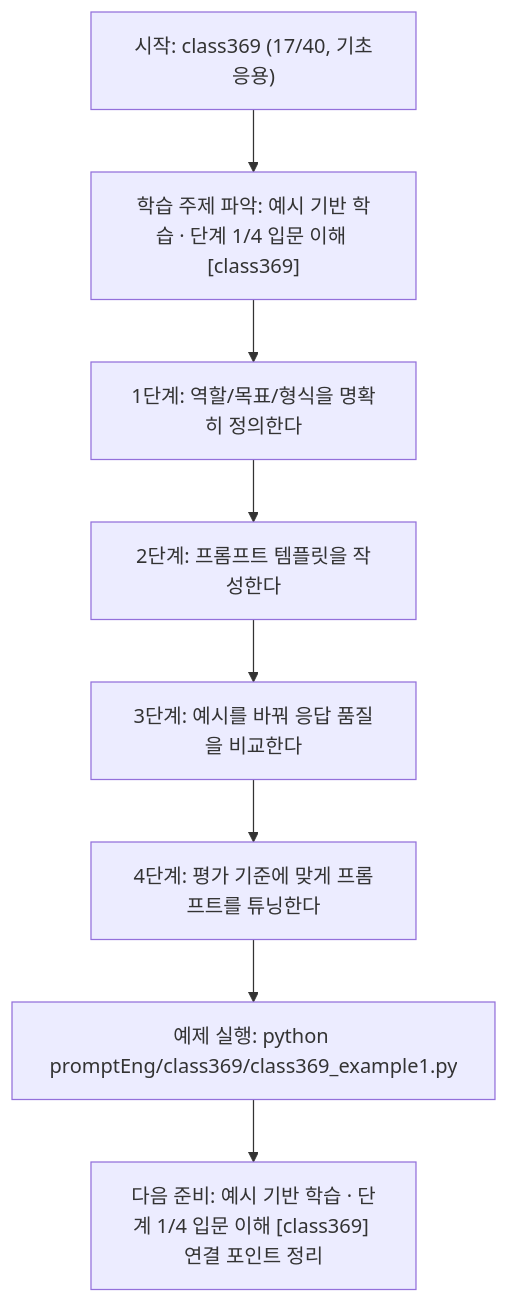
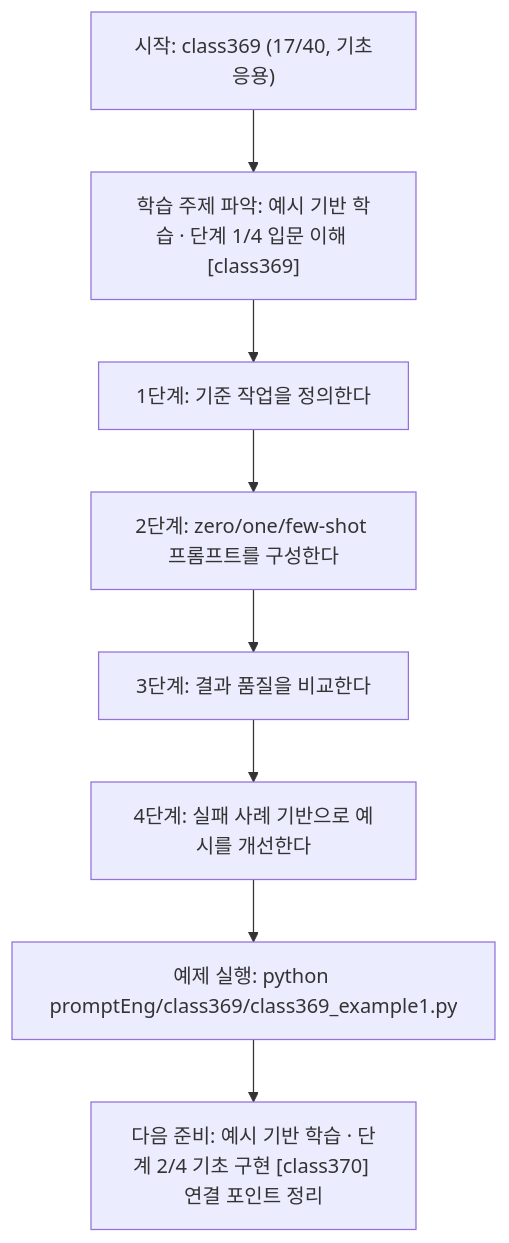
The diagram in promptEng/class369/class369.md (edumgt/Python-AI_Agent-Class), drawn with Mermaid before and after one commit. The commit also changed other lines of this file and 283 other files, not shown here.

````diff
--- a/promptEng/class369/class369.md
+++ b/promptEng/class369/class369.md
@@ -110,18 +91,18 @@
 ```mermaid
 flowchart TD
 N1["시작: class369 (17/40, 기초응용)"]
 N2["학습 주제 파악: 예시 기반 학습 · 단계 1/4 입문 이해 [class369]"]
-N3["1단계: 역할/목표/형식을 명확히 정의한다"]
-N4["2단계: 프롬프트 템플릿을 작성한다"]
-N5["3단계: 예시를 바꿔 응답 품질을 비교한다"]
-N6["4단계: 평가 기준에 맞게 프롬프트를 튜닝한다"]
+N3["1단계: 기준 작업을 정의한다"]
+N4["2단계: zero/one/few-shot 프롬프트를 구성한다"]
+N5["3단계: 결과 품질을 비교한다"]
+N6["4단계: 실패 사례 기반으로 예시를 개선한다"]
 N7["예제 실행: python promptEng/class369/class369_example1.py"]
-N8["다음 준비: 예시 기반 학습 · 단계 1/4 입문 이해 [class369] 연결 포인트 정리"]
+N8["다음 준비: 예시 기반 학습 · 단계 2/4 기초 구현 [class370] 연결 포인트 정리"]
 N1 --> N2
 N2 --> N3
 N3 --> N4
 N4 --> N5
 N5 --> N6
 N6 --> N7
 N7 --> N8
 ```
````
